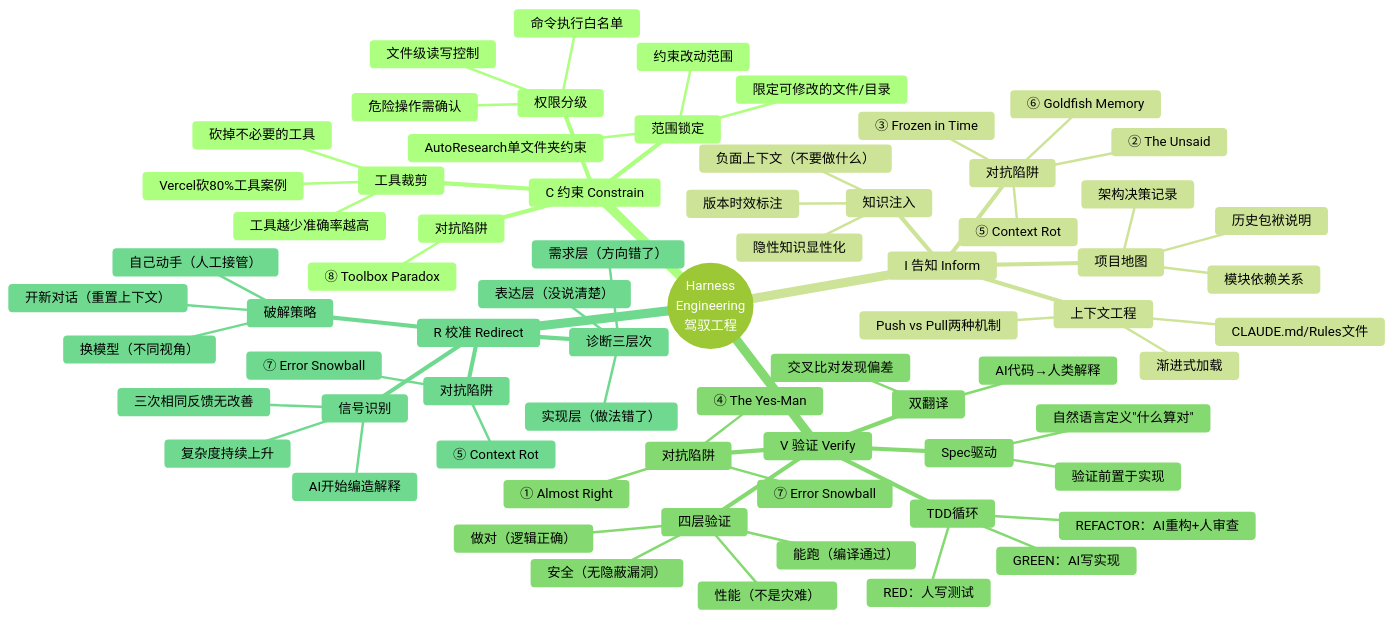
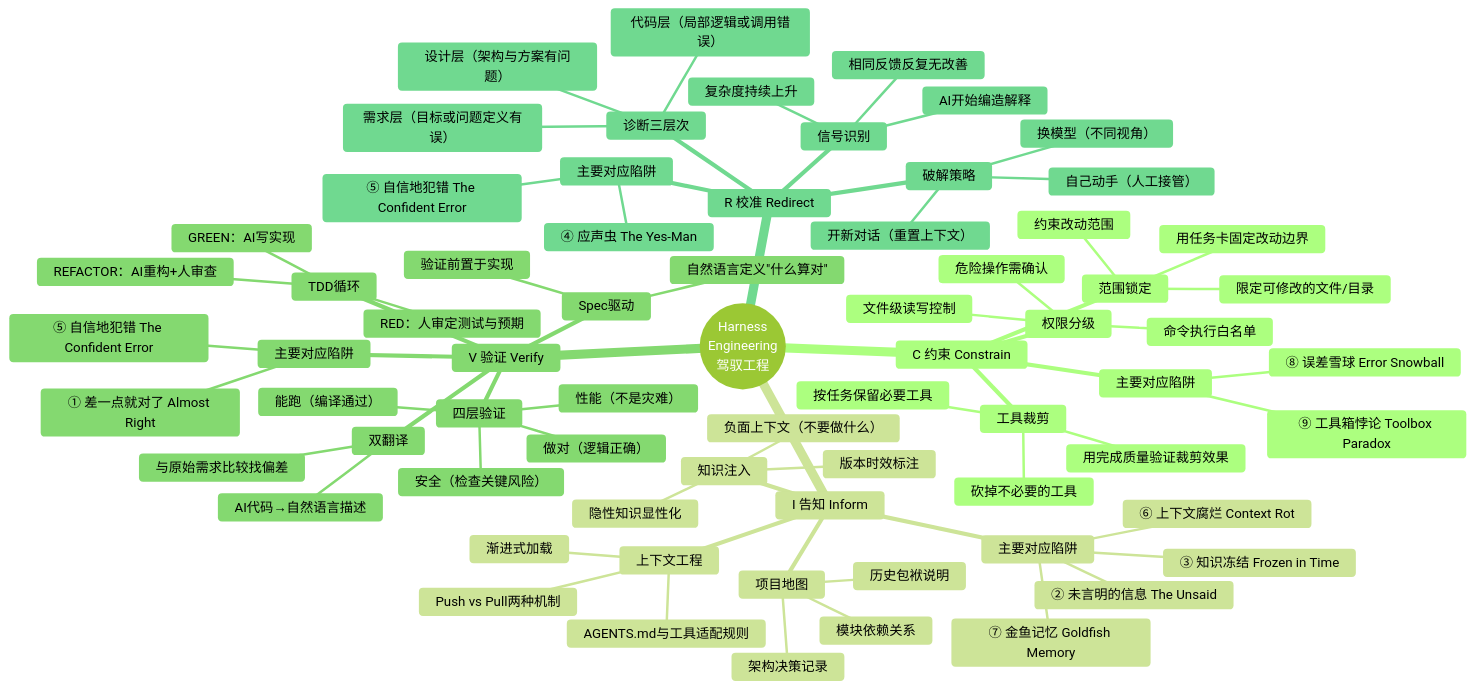
Before and after one commit to linan109/harness-engineering-book: the first of 2 diagrams in diagrams/civr-panorama.md, drawn with Mermaid (forest theme). The commit also changed other lines of this file and 53 other files, not shown here.

````diff
--- a/diagrams/civr-panorama.md
+++ b/diagrams/civr-panorama.md
@@ -9,73 +9,73 @@
 ```mermaid
 mindmap
   root((Harness<br/>Engineering<br/>驾驭工程))
     C 约束 Constrain
       权限分级
         文件级读写控制
         命令执行白名单
         危险操作需确认
       工具裁剪
         砍掉不必要的工具
-        工具越少准确率越高
-        Vercel砍80%工具案例
+        按任务保留必要工具
+        用完成质量验证裁剪效果
       范围锁定
         限定可修改的文件/目录
         约束改动范围
-        AutoResearch单文件夹约束
-      对抗陷阱
-        ⑧ Toolbox Paradox
+        用任务卡固定改动边界
+      主要对应陷阱
+        ⑧ 误差雪球 Error Snowball
+        ⑨ 工具箱悖论 Toolbox Paradox
     I 告知 Inform
       上下文工程
-        CLAUDE.md/Rules文件
+        AGENTS.md与工具适配规则
         渐进式加载
         Push vs Pull两种机制
       项目地图
         架构决策记录
         模块依赖关系
         历史包袱说明
       知识注入
         隐性知识显性化
         负面上下文（不要做什么）
         版本时效标注
-      对抗陷阱
-        ② The Unsaid
-        ③ Frozen in Time
-        ⑤ Context Rot
-        ⑥ Goldfish Memory
+      主要对应陷阱
+        ② 未言明的信息 The Unsaid
+        ③ 知识冻结 Frozen in Time
+        ⑥ 上下文腐烂 Context Rot
+        ⑦ 金鱼记忆 Goldfish Memory
     V 验证 Verify
       四层验证
         能跑（编译通过）
         做对（逻辑正确）
         性能（不是灾难）
-        安全（无隐蔽漏洞）
+        安全（检查关键风险）
       双翻译
-        AI代码→人类解释
-        交叉比对发现偏差
+        AI代码→自然语言描述
+        与原始需求比较找偏差
       Spec驱动
         自然语言定义"什么算对"
         验证前置于实现
       TDD循环
-        RED：人写测试
+        RED：人审定测试与预期
         GREEN：AI写实现
         REFACTOR：AI重构+人审查
-      对抗陷阱
-        ① Almost Right
-        ④ The Yes-Man
-        ⑦ Error Snowball
+      主要对应陷阱
+        ① 差一点就对了 Almost Right
+        ⑤ 自信地犯错 The Confident Error
     R 校准 Redirect
       诊断三层次
-        需求层（方向错了）
-        实现层（做法错了）
-        表达层（没说清楚）
+        代码层（局部逻辑或调用错误）
+        设计层（架构与方案有问题）
+        需求层（目标或问题定义有误）
       信号识别
-        三次相同反馈无改善
+        相同反馈反复无改善
         复杂度持续上升
         AI开始编造解释
       破解策略
         开新对话（重置上下文）
         换模型（不同视角）
         自己动手（人工接管）
-      对抗陷阱
-        ⑤ Context Rot
-        ⑦ Error Snowball
+      主要对应陷阱
+        ④ 应声虫 The Yes-Man
+        ⑤ 自信地犯错 The Confident Error
 ```
````
